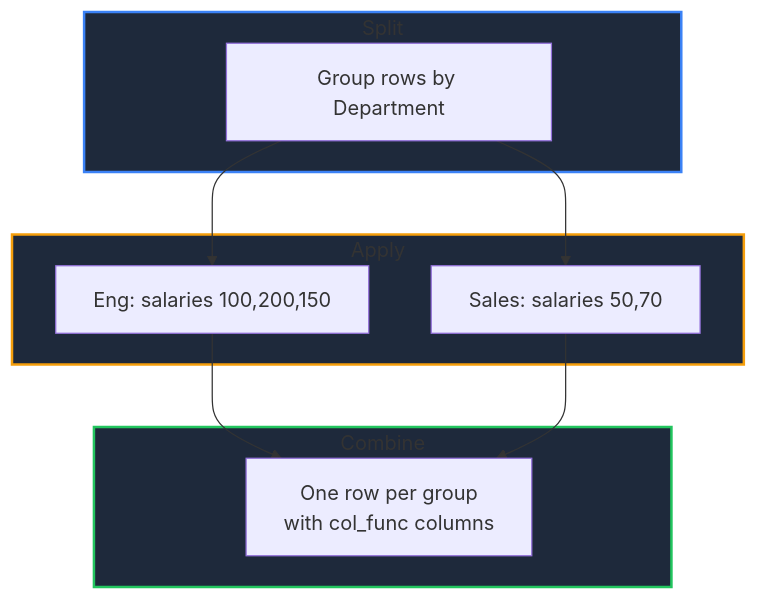
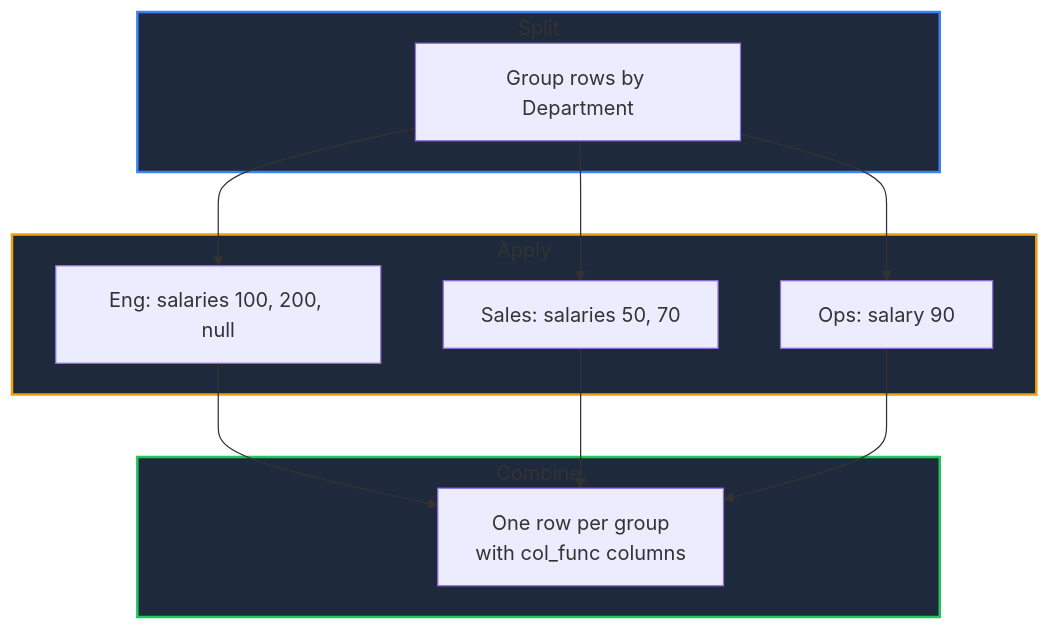
The diagram in content/docs/computation/grouping-aggregation.mdx (apoplexi24/gpandas-docs), drawn with Mermaid before and after one commit. The commit also changed other lines of this file and 1 other file, not shown here.

````diff
--- a/content/docs/computation/grouping-aggregation.mdx
+++ b/content/docs/computation/grouping-aggregation.mdx
@@ -159,24 +387,27 @@
 ```mermaid
 flowchart TD
     subgraph Split["Split"]
         S[Group rows by Department]
     end
 
     subgraph Apply["Apply"]
-        A1[Eng: salaries 100,200,150]
-        A2[Sales: salaries 50,70]
+        A1[Eng: salaries 100, 200, null]
+        A2[Sales: salaries 50, 70]
+        A3[Ops: salary 90]
     end
 
     subgraph Combine["Combine"]
         C[One row per group<br/>with col_func columns]
     end
 
     S --> A1
     S --> A2
+    S --> A3
     A1 --> C
     A2 --> C
+    A3 --> C
 
     style Split fill:#1e293b,stroke:#3b82f6,stroke-width:2px
     style Apply fill:#1e293b,stroke:#f59e0b,stroke-width:2px
     style Combine fill:#1e293b,stroke:#22c55e,stroke-width:2px
 ```
````
